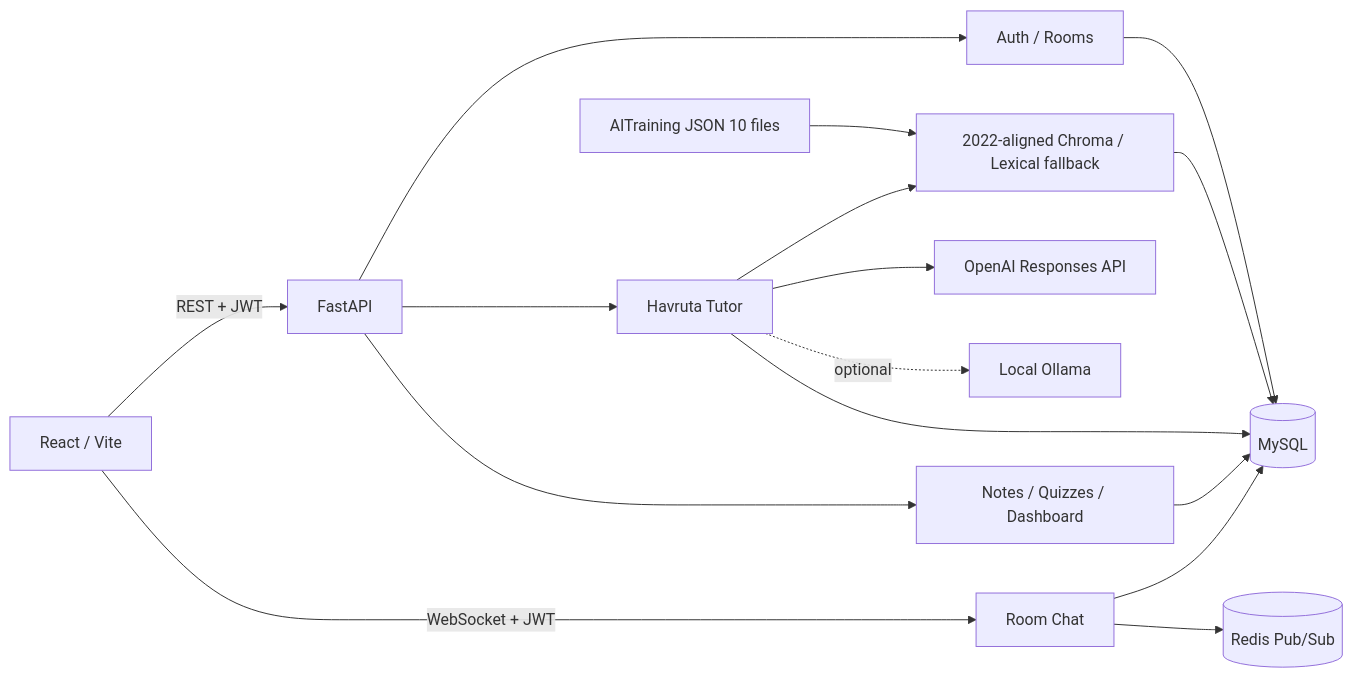
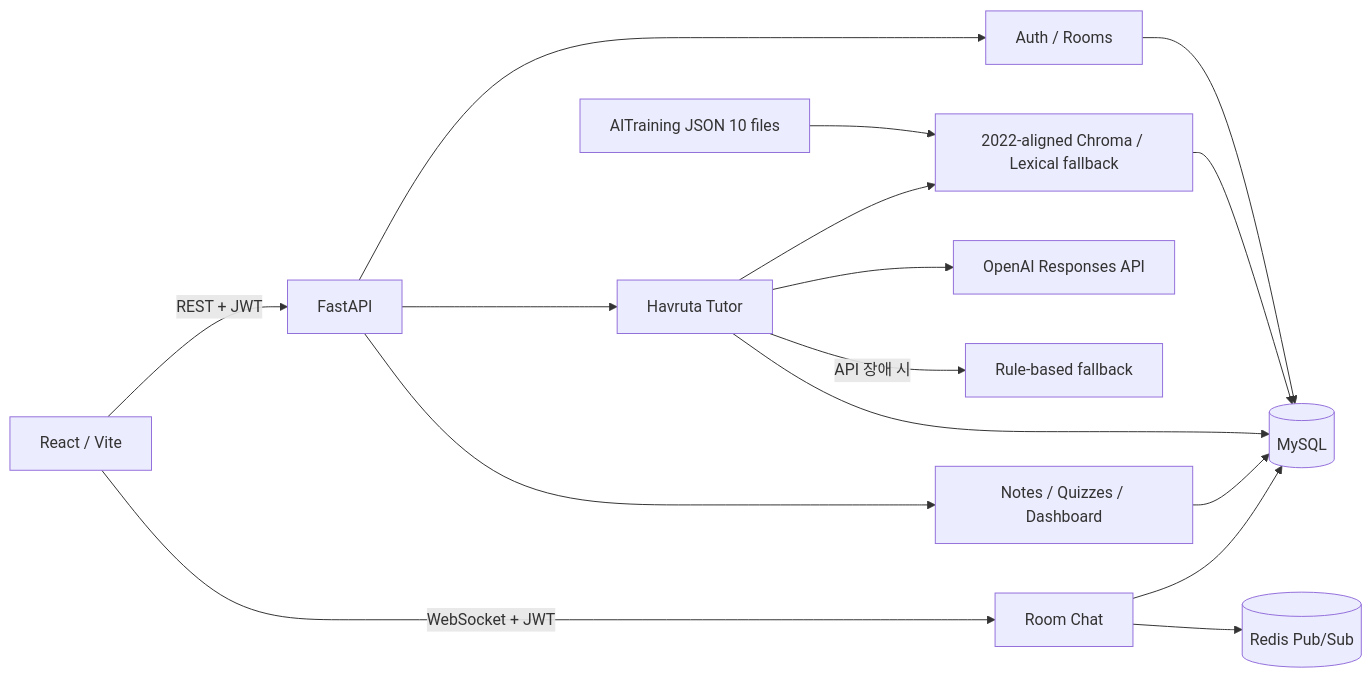
Before and after one commit to 20211400jiho/havruta-ai-tutor: the diagram in README.md, drawn with Mermaid. The commit also changed other lines of this file and 58 other files, not shown here.

````diff
--- a/README.md
+++ b/README.md
@@ -35,18 +44,18 @@
 ```mermaid
 flowchart LR
     Browser[React / Vite] -->|REST + JWT| API[FastAPI]
     Browser -->|WebSocket + JWT| WS[Room Chat]
     API --> Auth[Auth / Rooms]
     API --> Tutor[Havruta Tutor]
     API --> Content[Notes / Quizzes / Dashboard]
     Tutor --> RAG[2022-aligned Chroma / Lexical fallback]
     Tutor --> OpenAI[OpenAI Responses API]
-    Tutor -. optional .-> Ollama[Local Ollama]
+    Tutor -->|API 장애 시| Rule[Rule-based fallback]
     Auth --> DB[(MySQL)]
     Tutor --> DB
     Content --> DB
     WS --> DB
     WS --> Redis[(Redis Pub/Sub)]
     RAG --> DB
     JSON[AITraining JSON 10 files] --> RAG
 ```
````
